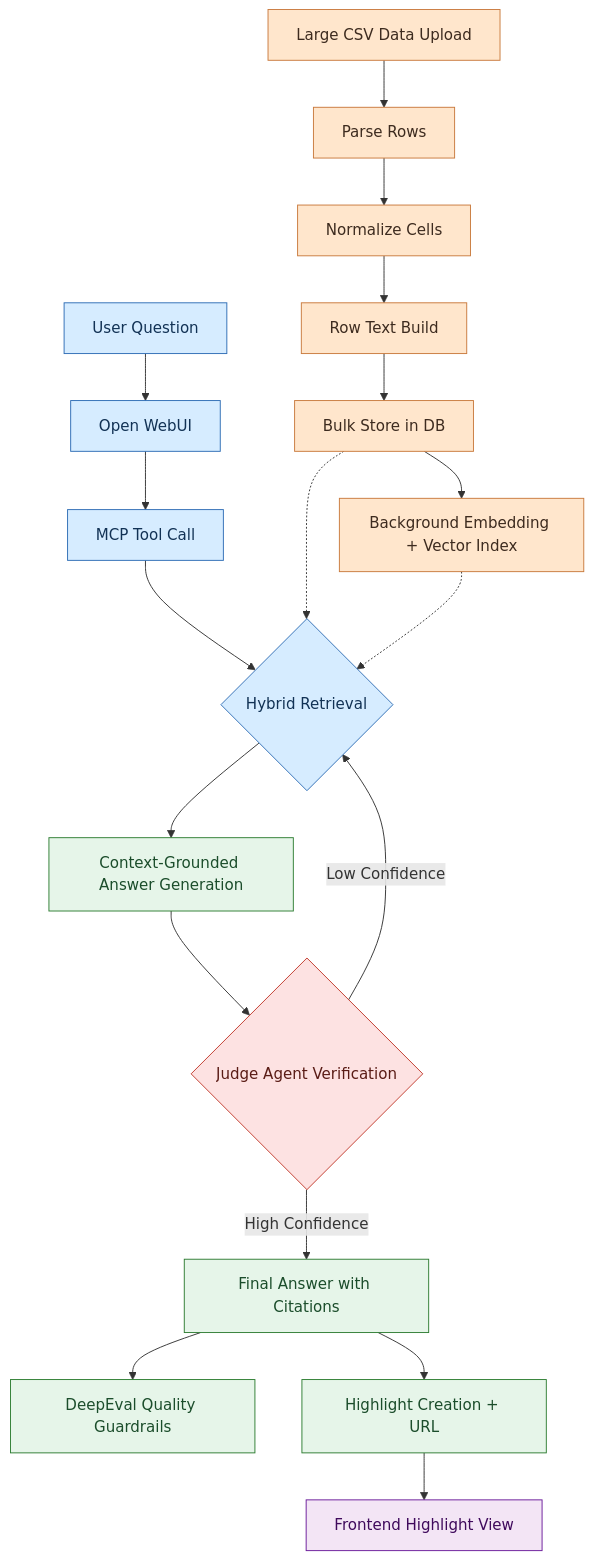
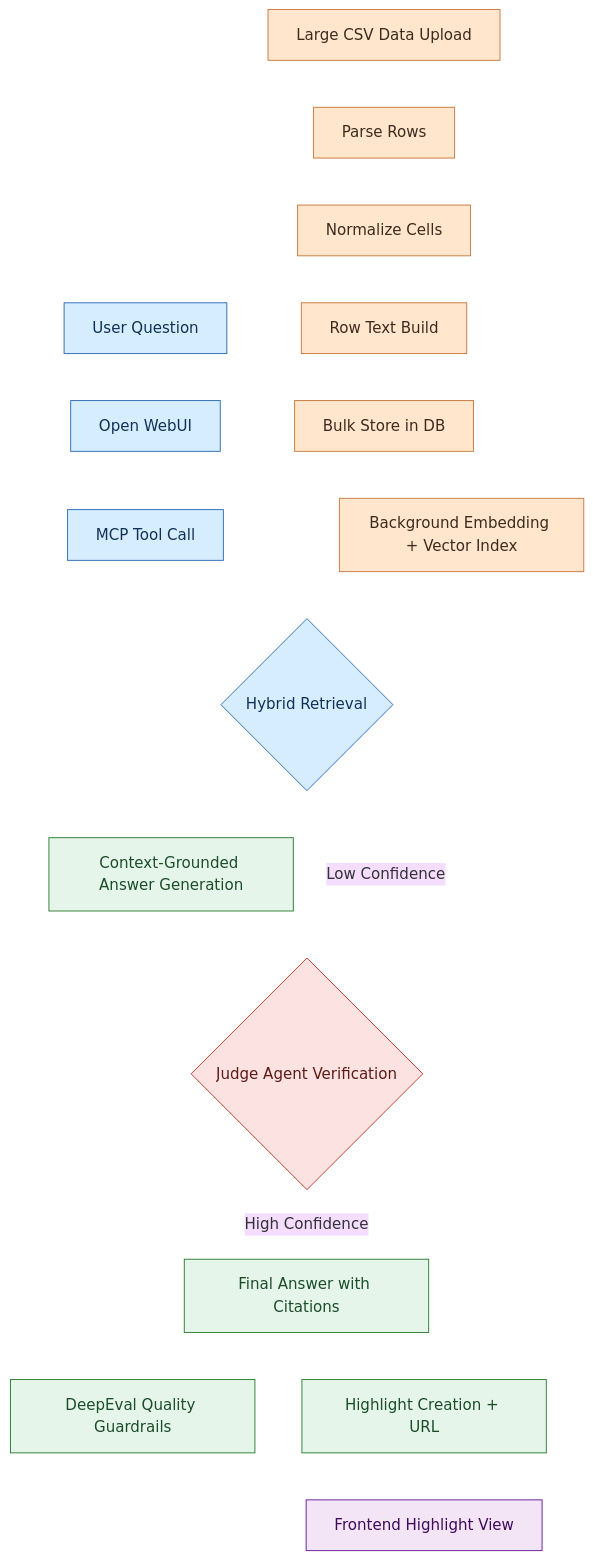
Before and after one commit to msamanthaf/TabulaRAG: the diagram in README.md, drawn with Mermaid. The commit also changed other lines of this file and 4 other files, not shown here.

````diff
--- a/README.md
+++ b/README.md
@@ -57,34 +69,35 @@
 ```mermaid
+%%{init: {'theme': 'base', 'themeVariables': { 'background': 'transparent' }}}%%
 graph TD
   A[Large CSV Data Upload] --> B[Parse Rows]
   B --> C[Normalize Cells]
   C --> D[Row Text Build]
   D --> E[Bulk Store in DB]
   E --> F[Background Embedding + Vector Index]
 
   Q[User Question] --> W[Open WebUI]
   W --> M[MCP Tool Call]
   M --> R{Hybrid Retrieval}
   E -.-> R
   F -.-> R
   R --> G[Context-Grounded Answer Generation]
   G --> H{Judge Agent Verification}
   H -- Low Confidence --> R
   H -- High Confidence --> I[Final Answer with Citations]
   I --> J[DeepEval Quality Guardrails]
   I --> K[Highlight Creation + URL]
   K --> L[Frontend Highlight View]
 
   classDef ingest fill:#FFE6CC,stroke:#C97A3D,color:#3D2B1F;
   classDef retrieval fill:#D6ECFF,stroke:#2F6DB5,color:#123255;
   classDef answer fill:#E6F5E9,stroke:#2E7D32,color:#1B4D2B;
   classDef verify fill:#FDE2E2,stroke:#C0392B,color:#5A1C16;
   classDef ui fill:#F3E5F5,stroke:#6A1B9A,color:#3F0A5C;
 
   class A,B,C,D,E,F ingest;
   class Q,W,M,R retrieval;
   class G,I,J,K answer;
   class H verify;
   class L ui;
 
 ```
````
